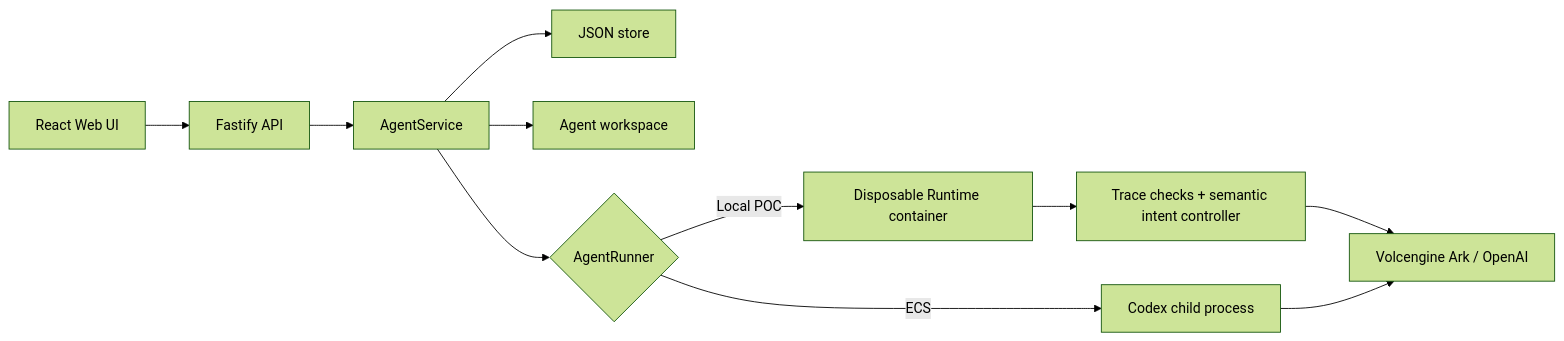
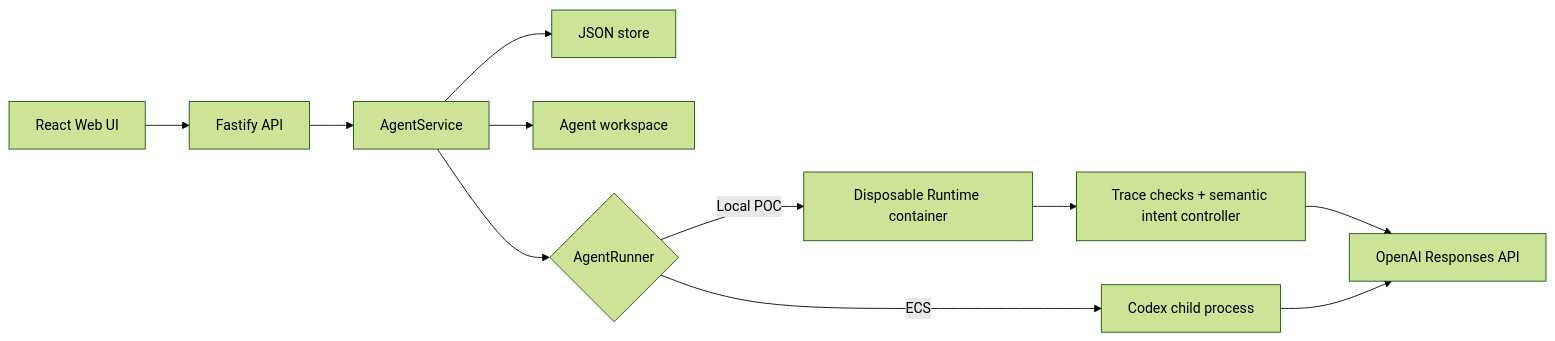
Before and after one commit to Full-Stack-Project-Fast-Tix/agent-middleware: the diagram in docs/ARCHITECTURE.md, drawn with Mermaid (forest theme). The commit also changed other lines of this file and 25 other files, not shown here.

````diff
--- a/docs/ARCHITECTURE.md
+++ b/docs/ARCHITECTURE.md
@@ -5,13 +6,13 @@
 ```mermaid
 flowchart LR
     UI["React Web UI"] --> API["Fastify API"]
     API --> Service["AgentService"]
     Service --> Store["JSON store"]
     Service --> Workspace["Agent workspace"]
     Service --> Runner{"AgentRunner"}
     Runner -->|Local POC| Container["Disposable Runtime container"]
     Runner -->|ECS| Process["Codex child process"]
     Container --> Guard["Trace checks + semantic intent controller"]
-    Guard --> Ark["Volcengine Ark / OpenAI"]
-    Process --> Ark
+    Guard --> Model["OpenAI Responses API"]
+    Process --> Model
 ```
````
